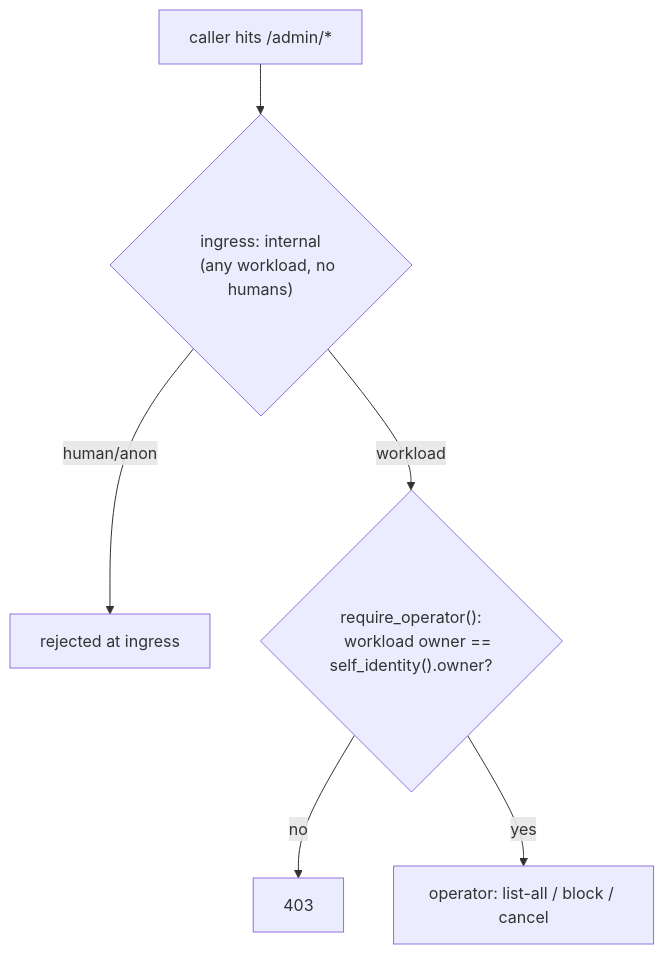
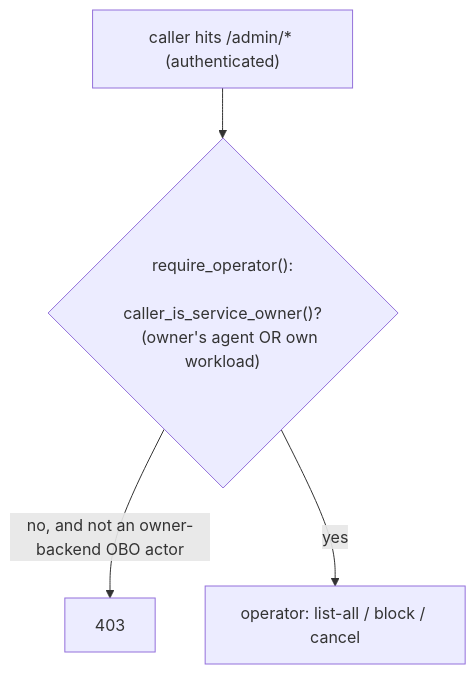
One commit to Boogy-ai/boogy-catalog changed the fifth of 5 diagrams in crates/catalog/resend-base/README.md. Above: the diagram before and after it, drawn with Mermaid. The commit also changed other lines of this file and 17 other files, not shown here.

````diff
--- a/crates/catalog/resend-base/README.md
+++ b/crates/catalog/resend-base/README.md
@@ -312,10 +313,8 @@
 ```mermaid
 flowchart TD
-    C["caller hits /admin/*"] --> I{"ingress: internal
-    (any workload, no humans)"}
-    I -->|human/anon| D1["rejected at ingress"]
-    I -->|workload| RO{"require_operator():
-    workload owner == self_identity().owner?"}
-    RO -->|no| D2["403"]
+    C["caller hits /admin/* (authenticated)"] --> RO{"require_operator():
+    caller_is_service_owner()?
+    (owner's agent OR own workload)"}
+    RO -->|no, and not an owner-backend OBO actor| D2["403"]
     RO -->|yes| OK["operator: list-all / block / cancel"]
 ```
````
